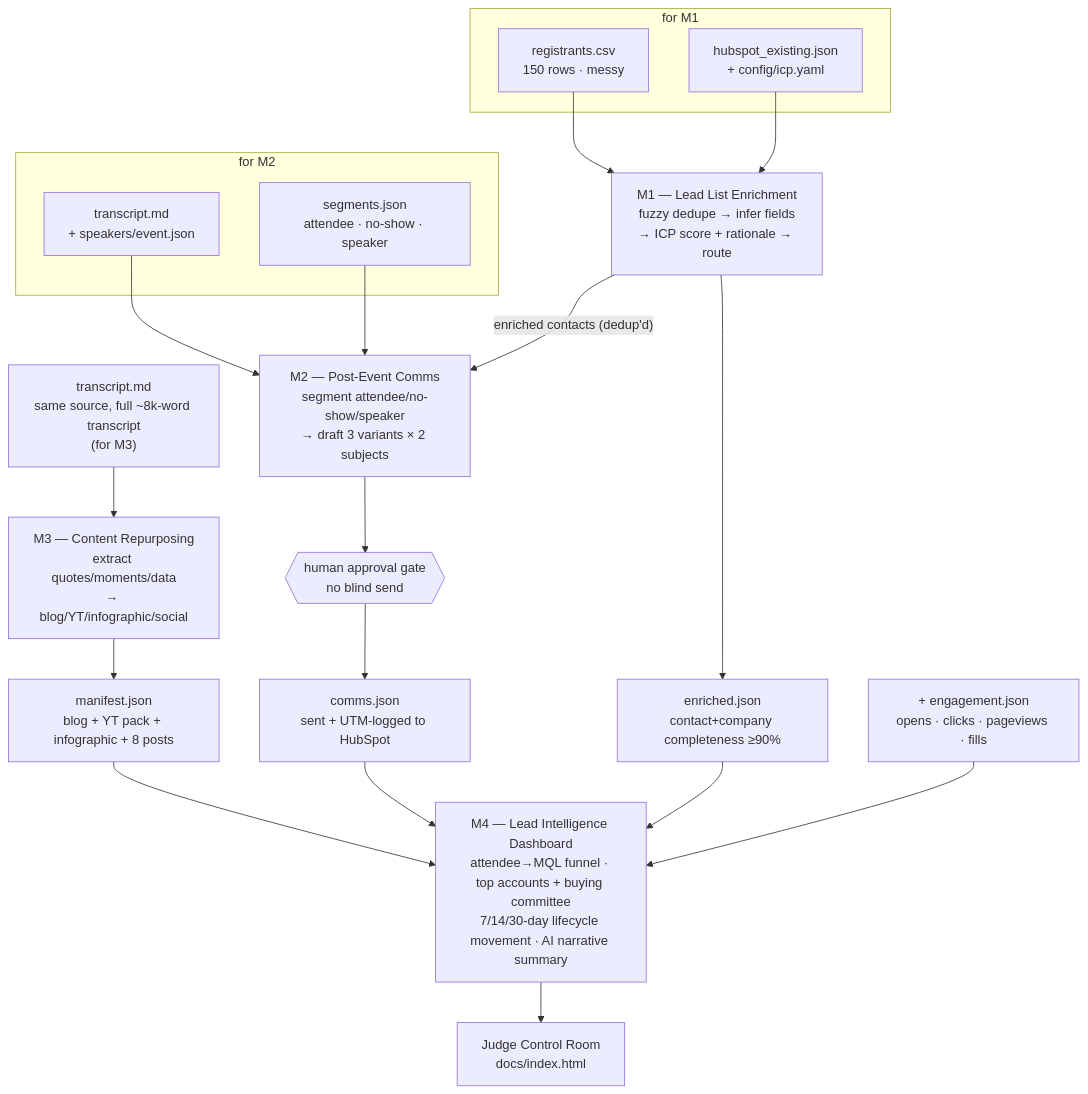
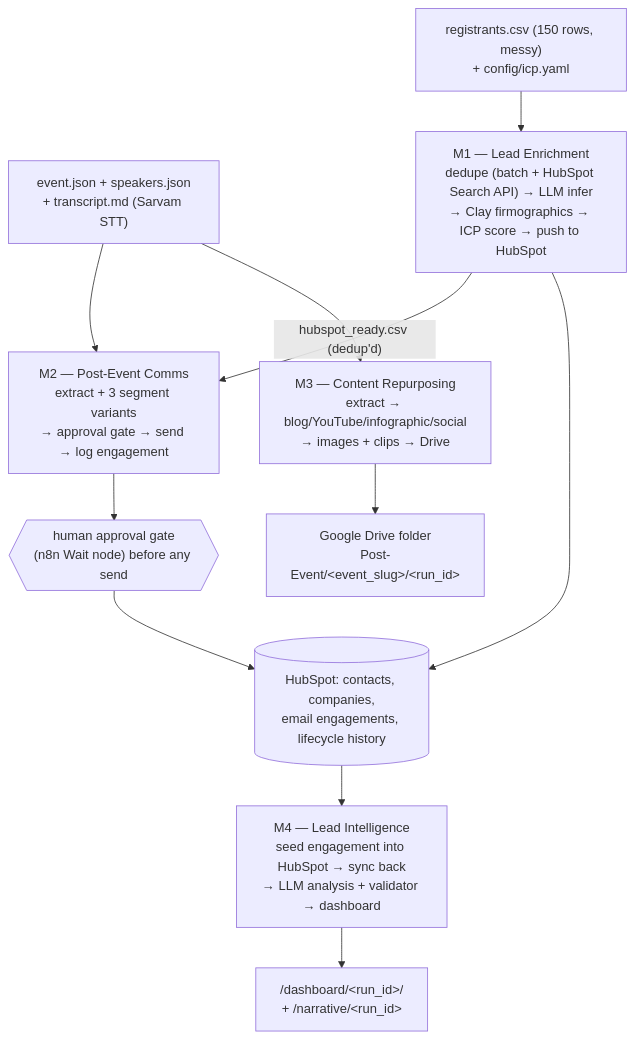
Before and after one commit to Kai8karma/postevent-engine: the first of 2 diagrams in docs/architecture.md, drawn with Mermaid. The commit also changed other lines of this file and 13 other files, not shown here.

````diff
--- a/docs/architecture.md
+++ b/docs/architecture.md
@@ -14,46 +10,23 @@
 ```mermaid
 flowchart TD
-    subgraph IN1G["for M1"]
-        IN1A["registrants.csv<br/>150 rows · messy"]
-        IN1B["hubspot_existing.json<br/>+ config/icp.yaml"]
-    end
+    IN1["registrants.csv (150 rows, messy)<br/>+ config/icp.yaml"]
+    IN2["event.json + speakers.json<br/>+ transcript.md (Sarvam STT)"]
 
-    subgraph IN2G["for M2"]
-        IN2A["transcript.md<br/>+ speakers/event.json"]
-        IN2B["segments.json<br/>attendee · no-show · speaker"]
-    end
+    M1["M1 — Lead Enrichment<br/>dedupe (batch + HubSpot Search API) → LLM infer<br/>→ Clay firmographics → ICP score → push to HubSpot"]
+    M2["M2 — Post-Event Comms<br/>extract + 3 segment variants<br/>→ approval gate → send → log engagement"]
+    M3["M3 — Content Repurposing<br/>extract → blog/YouTube/infographic/social<br/>→ images + clips → Drive"]
+    M4["M4 — Lead Intelligence<br/>seed engagement into HubSpot → sync back<br/>→ LLM analysis + validator → dashboard"]
 
-    IN3["transcript.md<br/>same source, full ~8k-word transcript<br/>(for M3)"]
+    GATE{{"human approval gate<br/>(n8n Wait node) before any send"}}
+    HS[("HubSpot: contacts, companies,<br/>email engagements, lifecycle history")]
 
-    M1["M1 — Lead List Enrichment<br/>fuzzy dedupe → infer fields<br/>→ ICP score + rationale → route"]
-    M2["M2 — Post-Event Comms<br/>segment attendee/no-show/speaker<br/>→ draft 3 variants × 2 subjects"]
-    M3["M3 — Content Repurposing<br/>extract quotes/moments/data<br/>→ blog/YT/infographic/social"]
-
-    GATE{{"human approval gate<br/>no blind send"}}
-
-    O1["enriched.json<br/>contact+company completeness ≥90%"]
-    O2["comms.json<br/>sent + UTM-logged to HubSpot"]
-    O3["manifest.json<br/>blog + YT pack + infographic + 8 posts"]
-
-    M4["M4 — Lead Intelligence Dashboard<br/>attendee→MQL funnel · top accounts + buying committee<br/>7/14/30-day lifecycle movement · AI narrative summary"]
-
-    FIN["Judge Control Room<br/>docs/index.html"]
-
-    IN1A --> M1
-    IN1B --> M1
-    IN2A --> M2
-    IN2B --> M2
-    IN3 --> M3
-
-    M1 -- "enriched contacts (dedup'd)" --> M2
-    M1 --> O1
-    M2 --> GATE --> O2
-    M3 --> O3
-
-    O1 --> M4
-    O2 --> M4
-    O3 --> M4
-    ENG["+ engagement.json<br/>opens · clicks · pageviews · fills"] --> M4
-
-    M4 --> FIN
+    IN1 --> M1
+    IN2 --> M2
+    IN2 --> M3
+    M1 -- "hubspot_ready.csv (dedup'd)" --> M2
+    M1 --> HS
+    M2 --> GATE --> HS
+    M3 --> DRIVE["Google Drive folder<br/>Post-Event/&lt;event_slug&gt;/&lt;run_id&gt;"]
+    HS --> M4
+    M4 --> DASH["/dashboard/&lt;run_id&gt;/<br/>+ /narrative/&lt;run_id&gt;"]
 ```
````
